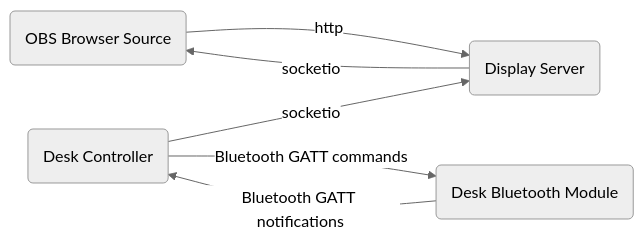
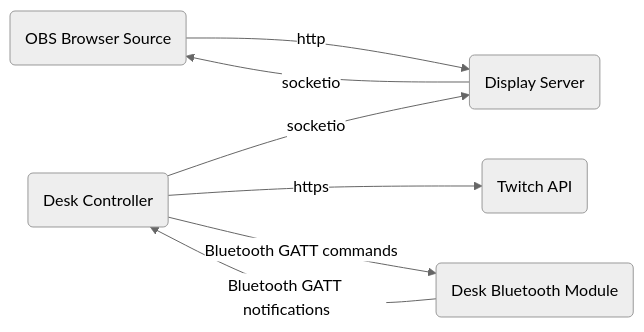
Before and after one commit to jaedolph/jddesk: the diagram in README.md, drawn with Mermaid (neutral theme).

Commit message:
Include twitch api in system diagram

````diff
--- a/README.md
+++ b/README.md
@@ -23,13 +23,15 @@
 ```mermaid
 graph LR;
     obs(OBS Browser Source)
     display(Display Server)
     controller(Desk Controller)
     desk(Desk Bluetooth Module)
+    twitchapi(Twitch API)
 
     obs-- http -->display
     display-- socketio -->obs
     controller-- socketio -->display
+    controller-- https -->twitchapi
     controller-- Bluetooth GATT commands -->desk
     desk-- Bluetooth GATT notifications -->controller
 ```
````
